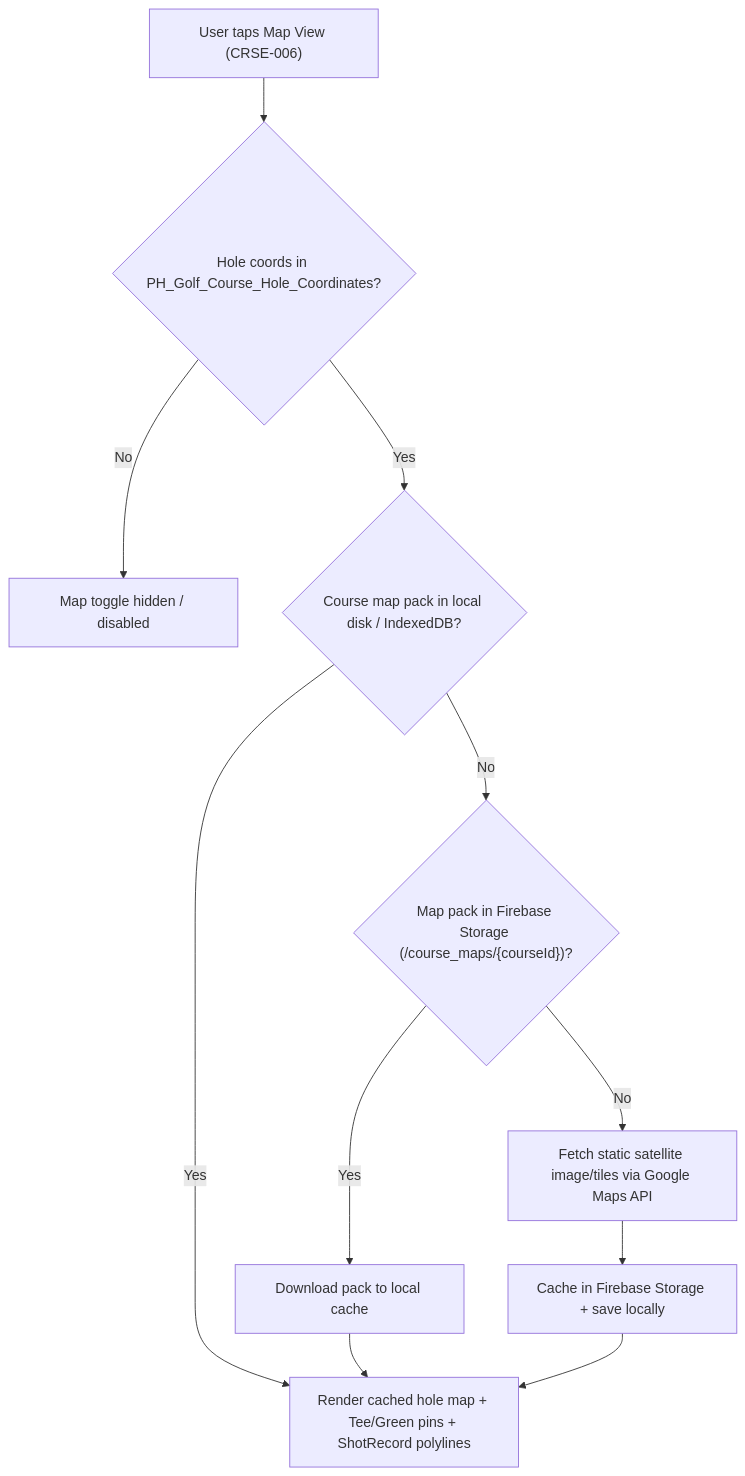
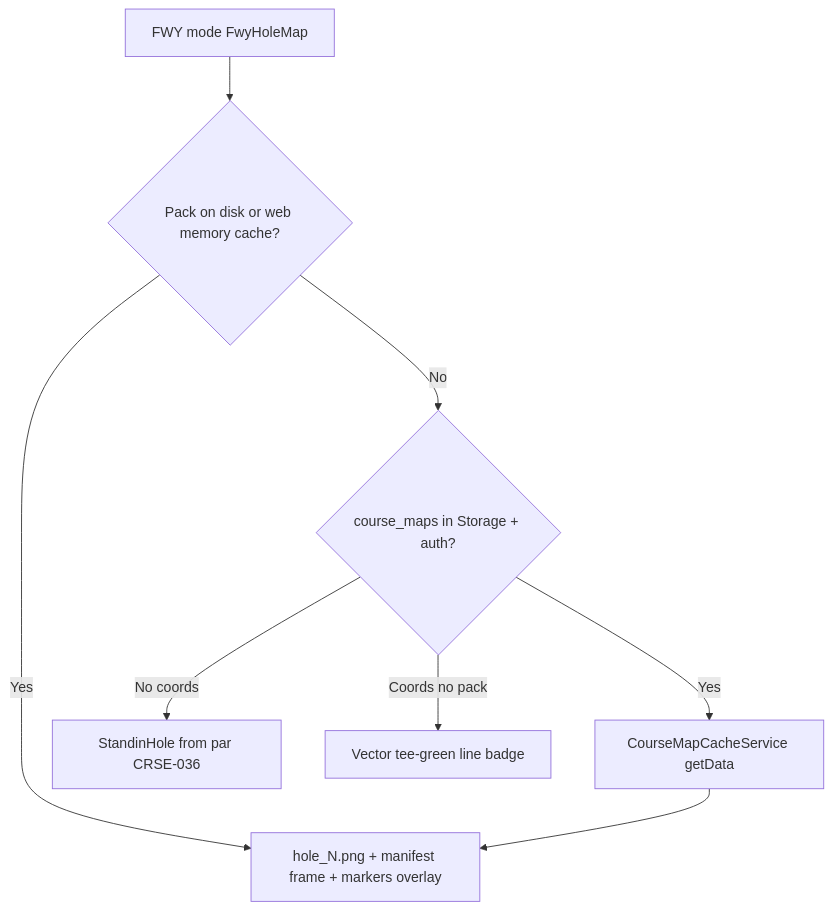
Before and after one commit to ograva/My-Golf-Diary: the third of 4 diagrams in docs/context/Architecture.md, drawn with Mermaid. The commit also changed other lines of this file, not shown here.

First line of the commit message:
docs(Architecture): v1.16 align with PRD v1.9 shipped features (#75)

````diff
--- a/docs/context/Architecture.md
+++ b/docs/context/Architecture.md
@@ -233,11 +254,9 @@
 ```mermaid
 flowchart TD
-  Toggle["User taps Map View (CRSE-006)"] --> HasCoords{"Hole coords in PH_Golf_Course_Hole_Coordinates?"}
-  HasCoords -->|No| HideToggle["Map toggle hidden / disabled"]
-  HasCoords -->|Yes| CheckLocal{"Course map pack in local disk / IndexedDB?"}
-  CheckLocal -->|Yes| RenderMap["Render cached hole map + Tee/Green pins + ShotRecord polylines"]
-  CheckLocal -->|No| CheckFB{"Map pack in Firebase Storage (/course_maps/{courseId})?"}
-  CheckFB -->|Yes| DownloadFB["Download pack to local cache"] --> RenderMap
-  CheckFB -->|No| FetchGMaps["Fetch static satellite image/tiles via Google Maps API"]
-  FetchGMaps --> UploadFB["Cache in Firebase Storage + save locally"] --> RenderMap
+  FWY["FWY mode FwyHoleMap"] --> Local{"Pack on disk or web memory cache?"}
+  Local -->|Yes| RenderPNG["hole_N.png + manifest frame + markers overlay"]
+  Local -->|No| Remote{"course_maps in Storage + auth?"}
+  Remote -->|Yes| DL["CourseMapCacheService getData"] --> RenderPNG
+  Remote -->|No coords| Standin["StandinHole from par CRSE-036"]
+  Remote -->|Coords no pack| Vector["Vector tee-green line badge"]
 ```
````
